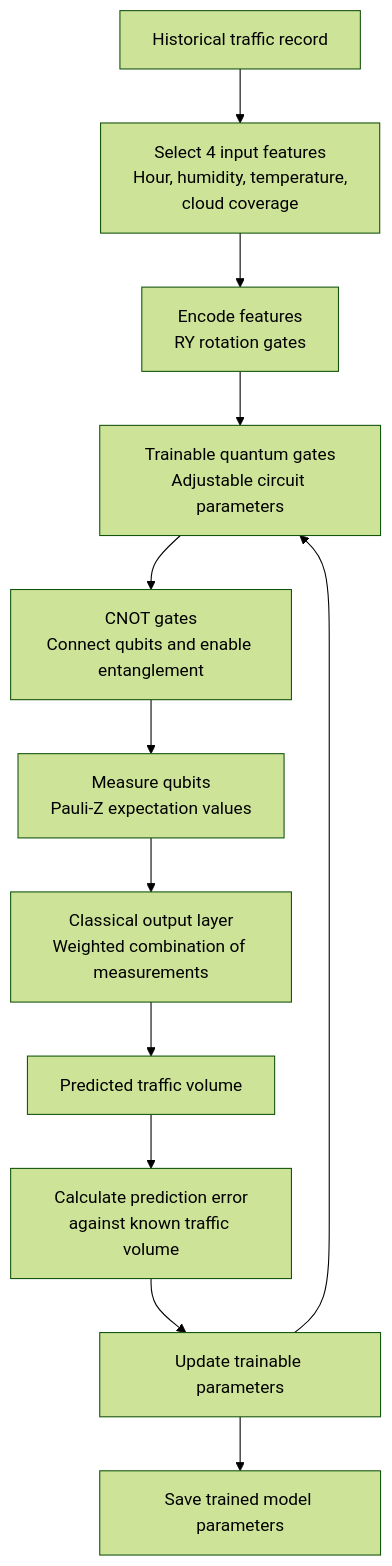
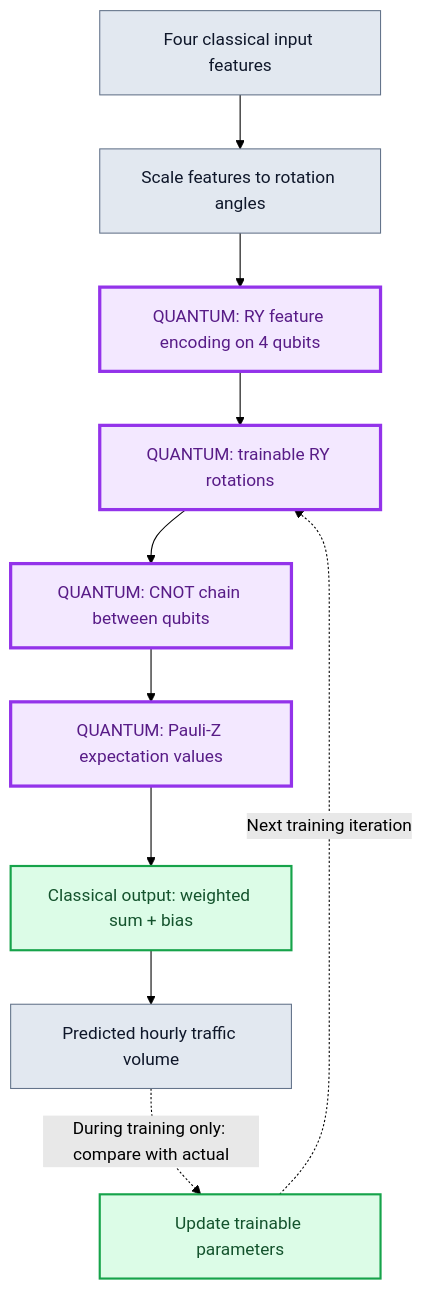
The second of 2 diagrams in README.md (aimanhaizal/quantum-traffic-mqtt), drawn with Mermaid (forest theme) before and after one commit. The commit also changed other lines of this file and 6 other files, not shown here.

Commit message:
feat: add classical ML comparison and update quantum demo documentation

````diff
--- a/README.md
+++ b/README.md
@@ -75,19 +113,19 @@
 ```mermaid
 flowchart TD
-    A["Historical traffic record"]
-    B["Select 4 input features<br/>Hour, humidity, temperature,<br/>cloud coverage"]
-    C["Encode features<br/>RY rotation gates"]
-    D["Trainable quantum gates<br/>Adjustable circuit parameters"]
-    E["CNOT gates<br/>Connect qubits and enable entanglement"]
-    F["Measure qubits<br/>Pauli-Z expectation values"]
-    G["Classical output layer<br/>Weighted combination of measurements"]
-    H["Predicted traffic volume"]
-    I["Calculate prediction error<br/>against known traffic volume"]
-    J["Update trainable parameters"]
-    K["Save trained model parameters"]
+    A["Four classical input features"] --> B["Scale features to rotation angles"]
+    B --> C["QUANTUM: RY feature encoding on 4 qubits"]
+    C --> D["QUANTUM: trainable RY rotations"]
+    D --> E["QUANTUM: CNOT chain between qubits"]
+    E --> F["QUANTUM: Pauli-Z expectation values"]
+    F --> G["Classical output: weighted sum + bias"]
+    G --> H["Predicted hourly traffic volume"]
+    H -.->|During training only: compare with actual| I["Update trainable parameters"]
+    I -.->|Next training iteration| D
 
-    A --> B --> C --> D --> E --> F --> G --> H
-    H --> I --> J
-    J --> D
-    J --> K
+    classDef quantum fill:#f3e8ff,stroke:#9333ea,color:#581c87,stroke-width:3px
+    classDef classical fill:#dcfce7,stroke:#16a34a,color:#14532d,stroke-width:2px
+    classDef infra fill:#e2e8f0,stroke:#64748b,color:#0f172a
+    class C,D,E,F quantum
+    class G,I classical
+    class A,B,H infra
 ```
````
